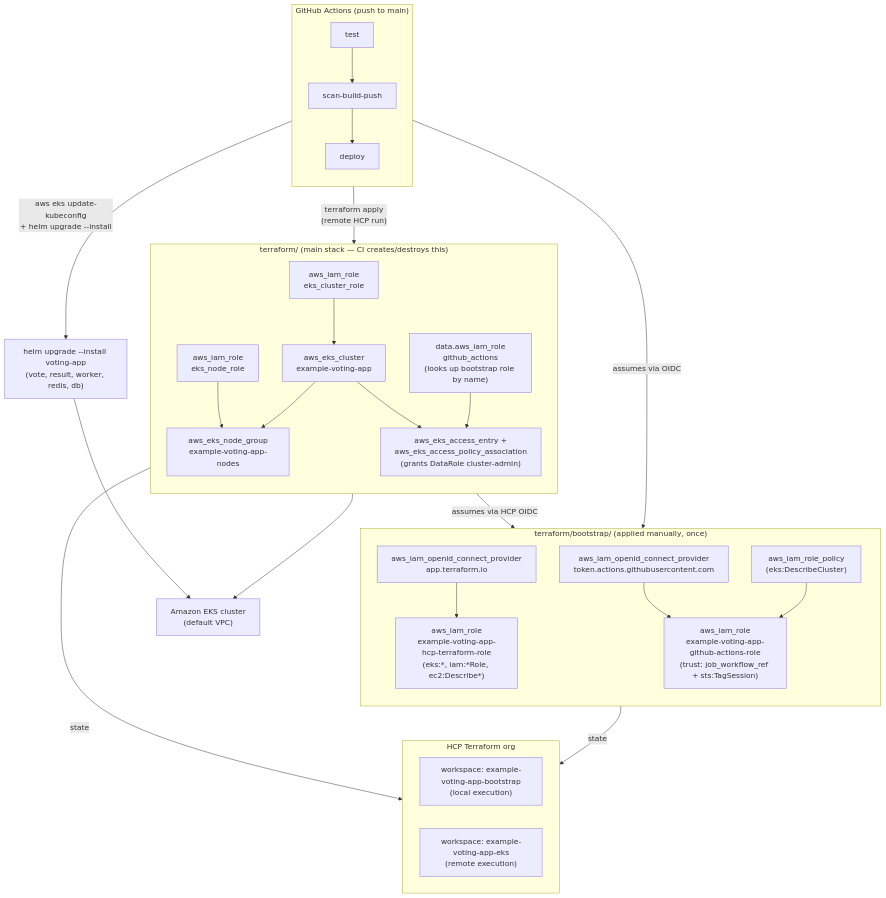
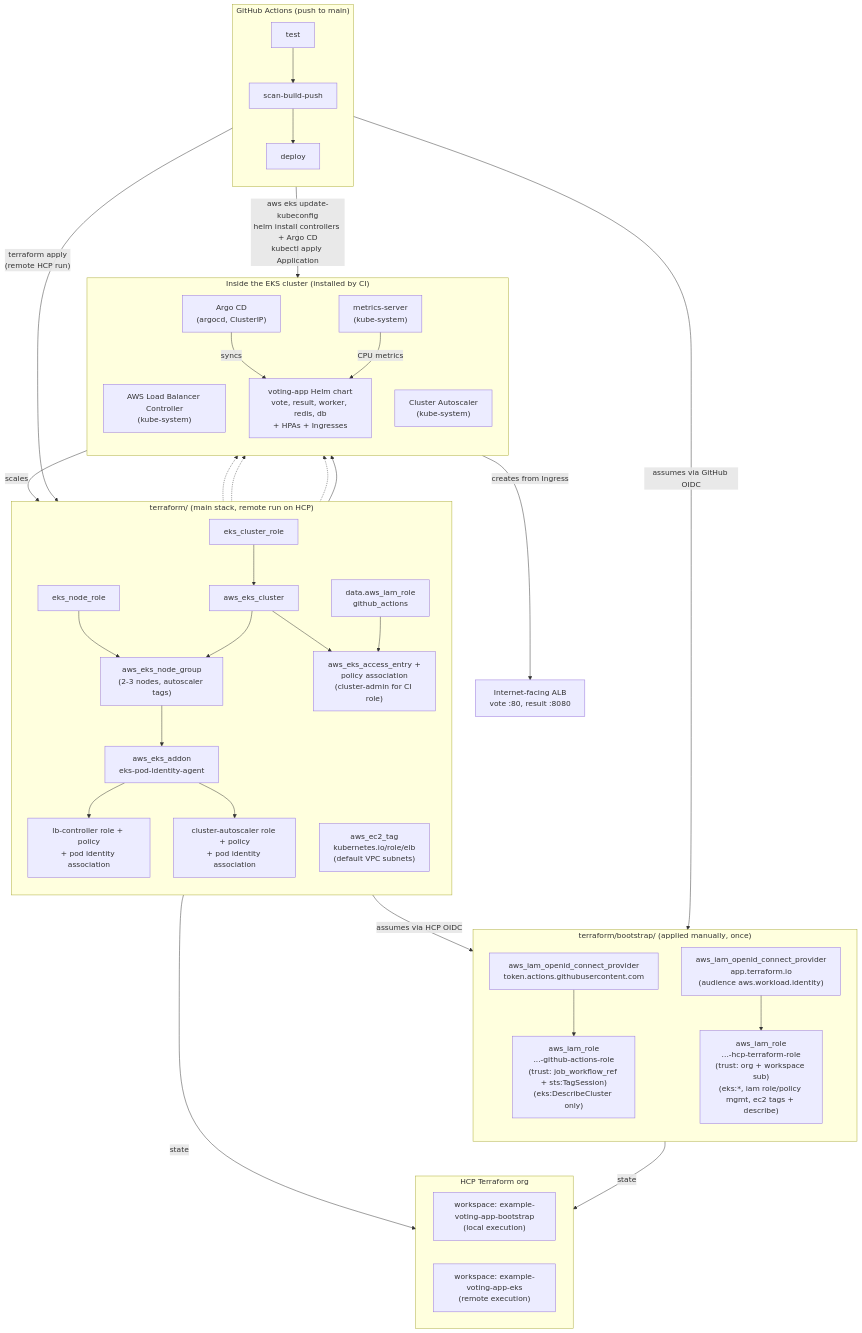
Before and after one commit to Innocent-Ogesiano/example-voting-app: the diagram in terraform-architecture.md, drawn with Mermaid. The commit also changed other lines of this file and 3 other files, not shown here.

````diff
--- a/terraform-architecture.md
+++ b/terraform-architecture.md
@@ -9,56 +20,75 @@
 ```mermaid
 flowchart TB
     subgraph CI["GitHub Actions (push to main)"]
         direction TB
         T1[test]
         T2[scan-build-push]
         T3[deploy]
         T1 --> T2 --> T3
     end
 
-    subgraph S3["HCP Terraform org"]
+    subgraph HCP["HCP Terraform org"]
         direction LR
         S1["workspace: example-voting-app-bootstrap\n(local execution)"]
         S2["workspace: example-voting-app-eks\n(remote execution)"]
     end
 
     subgraph Bootstrap["terraform/bootstrap/ (applied manually, once)"]
         direction TB
-        OIDC["aws_iam_openid_connect_provider\ntoken.actions.githubusercontent.com"]
-        Role["aws_iam_role\nexample-voting-app-github-actions-role\n(trust: job_workflow_ref + sts:TagSession)"]
-        Policy["aws_iam_role_policy\n(eks:DescribeCluster)"]
-        HcpOIDC["aws_iam_openid_connect_provider\napp.terraform.io"]
-        HcpRole["aws_iam_role\nexample-voting-app-hcp-terraform-role\n(eks:*, iam:*Role, ec2:Describe*)"]
+        GhOIDC["aws_iam_openid_connect_provider\ntoken.actions.githubusercontent.com"]
+        GhRole["aws_iam_role\n...-github-actions-role\n(trust: job_workflow_ref + sts:TagSession)\n(eks:DescribeCluster only)"]
+        HcpOIDC["aws_iam_openid_connect_provider\napp.terraform.io\n(audience aws.workload.identity)"]
+        HcpRole["aws_iam_role\n...-hcp-terraform-role\n(trust: org + workspace sub)\n(eks:*, iam role/policy mgmt, ec2 tags + describe)"]
+        GhOIDC --> GhRole
         HcpOIDC --> HcpRole
-        OIDC --> Role
-        Policy --> Role
     end
 
-    subgraph Main["terraform/ (main stack — CI creates/destroys this)"]
+    subgraph Main["terraform/ (main stack, remote run on HCP)"]
         direction TB
-        DataRole["data.aws_iam_role\ngithub_actions\n(looks up bootstrap role by name)"]
-        ClusterRole["aws_iam_role\neks_cluster_role"]
-        NodeRole["aws_iam_role\neks_node_role"]
-        Cluster["aws_eks_cluster\nexample-voting-app"]
-        NodeGroup["aws_eks_node_group\nexample-voting-app-nodes"]
-        AccessEntry["aws_eks_access_entry +\naws_eks_access_policy_association\n(grants DataRole cluster-admin)"]
+        DataRole["data.aws_iam_role\ngithub_actions"]
+        ClusterRole["eks_cluster_role"]
+        NodeRole["eks_node_role"]
+        Cluster["aws_eks_cluster"]
+        NodeGroup["aws_eks_node_group\n(2-3 nodes, autoscaler tags)"]
+        AccessEntry["aws_eks_access_entry +\npolicy association\n(cluster-admin for CI role)"]
+        PodId["aws_eks_addon\neks-pod-identity-agent"]
+        LbIam["lb-controller role + policy\n+ pod identity association"]
+        CaIam["cluster-autoscaler role + policy\n+ pod identity association"]
+        SubnetTag["aws_ec2_tag\nkubernetes.io/role/elb\n(default VPC subnets)"]
 
         ClusterRole --> Cluster
         NodeRole --> NodeGroup
         Cluster --> NodeGroup
         Cluster --> AccessEntry
         DataRole --> AccessEntry
+        NodeGroup --> PodId
+        PodId --> LbIam
+        PodId --> CaIam
     end
 
-    EKS["Amazon EKS cluster\n(default VPC)"]
-    Helm["helm upgrade --install voting-app\n(vote, result, worker, redis, db)"]
+    subgraph InCluster["Inside the EKS cluster (installed by CI)"]
+        direction TB
+        LBC["AWS Load Balancer Controller\n(kube-system)"]
+        CA["Cluster Autoscaler\n(kube-system)"]
+        MS["metrics-server\n(kube-system)"]
+        Argo["Argo CD\n(argocd, ClusterIP)"]
+        App["voting-app Helm chart\nvote, result, worker, redis, db\n+ HPAs + Ingresses"]
+        Argo -- "syncs" --> App
+        MS -- "CPU metrics" --> App
+    end
 
-    T3 -- "assumes via OIDC" --> Role
+    ALB["Internet-facing ALB\nvote :80, result :8080"]
+
+    T3 -- "assumes via GitHub OIDC" --> GhRole
     T3 -- "terraform apply\n(remote HCP run)" --> Main
     Main -- "assumes via HCP OIDC" --> HcpRole
     Main -- "state" --> S2
     Bootstrap -- "state" --> S1
-    NodeGroup --> EKS
-    T3 -- "aws eks update-kubeconfig\n+ helm upgrade --install" --> Helm
-    Helm --> EKS
+    NodeGroup --> InCluster
+    T3 -- "aws eks update-kubeconfig\nhelm install controllers + Argo CD\nkubectl apply Application" --> InCluster
+    LbIam -.-> LBC
+    CaIam -.-> CA
+    SubnetTag -.-> LBC
+    LBC -- "creates from Ingress" --> ALB
+    CA -- "scales" --> NodeGroup
 ```
````
